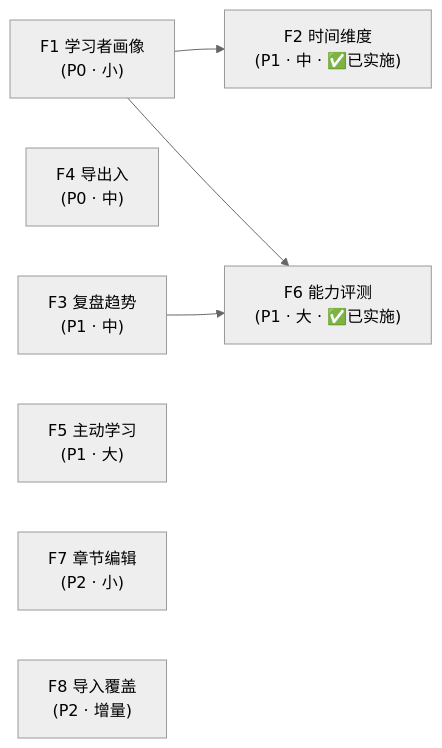
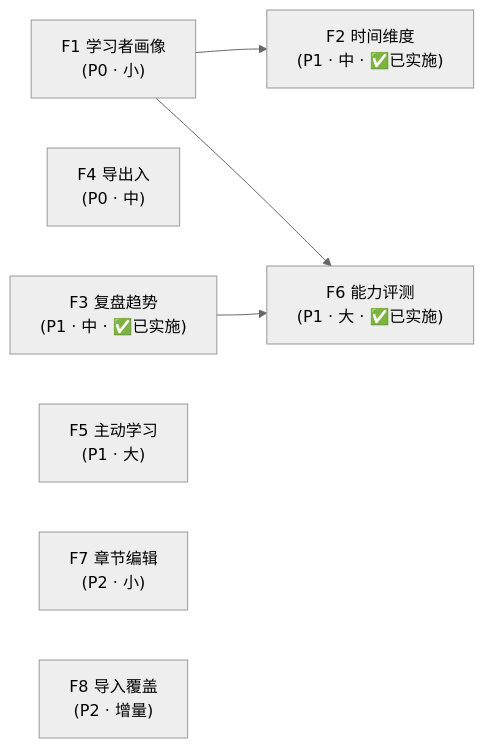
One commit to JackXuyi/Personal-Learning-OS changed the diagram in docs/roadmap-next-features-plan-2026-09.md. Above: the diagram before and after it, drawn with Mermaid (neutral theme). The commit also changed other lines of this file and 4 other files, not shown here.

First line of the commit message:
docs: F3 实施结果 + README 32/13 + roadmap §F3 ✅ + runbook

````diff
--- a/docs/roadmap-next-features-plan-2026-09.md
+++ b/docs/roadmap-next-features-plan-2026-09.md
@@ -348,19 +349,19 @@
 ```mermaid
 flowchart LR
     F1["F1 学习者画像<br/>(P0 · 小)"]
     F4["F4 导出入<br/>(P0 · 中)"]
-    F3["F3 复盘趋势<br/>(P1 · 中)"]
+    F3["F3 复盘趋势<br/>(P1 · 中 · ✅已实施)"]
     F2["F2 时间维度<br/>(P1 · 中 · ✅已实施)"]
     F5["F5 主动学习<br/>(P1 · 大)"]
     F6["F6 能力评测<br/>(P1 · 大 · ✅已实施)"]
     F7["F7 章节编辑<br/>(P2 · 小)"]
     F8["F8 导入覆盖<br/>(P2 · 增量)"]
 
     F1 --> F2
     F1 --> F6
     F3 --> F6
     F4
     F5
     F7
     F8
 ```
````
